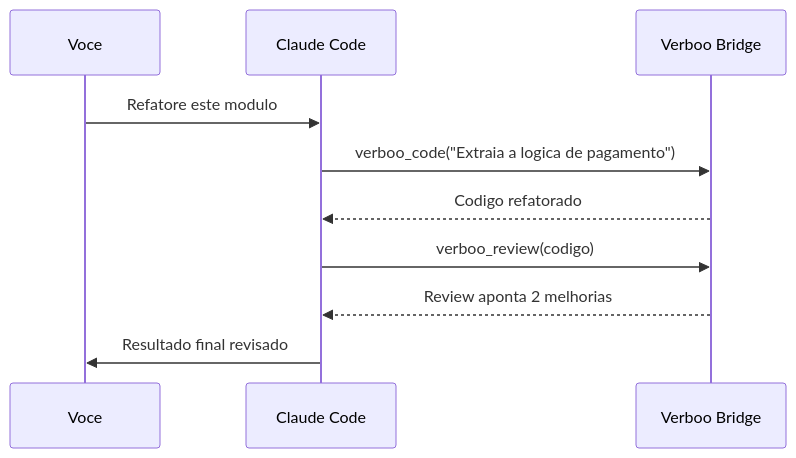
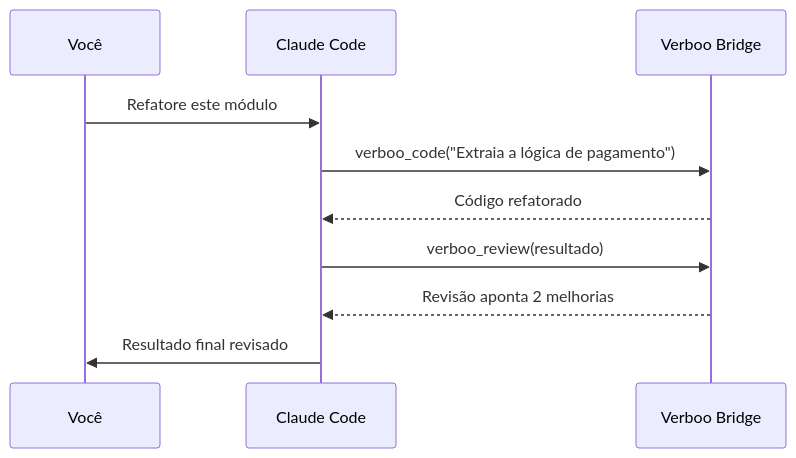
Before and after one commit to nikolasdehor/verboo-bridge: the second of 2 diagrams in README.md, drawn with Mermaid. The commit also changed other lines of this file, not shown here.

Commit message:
docs: atualiza planos e identidade da Verboo

````diff
--- a/README.md
+++ b/README.md
@@ -438,13 +442,13 @@
 ```mermaid
 sequenceDiagram
-    participant Vc as Voce
+    participant Vc as Você
     participant C as Claude Code
     participant VB as Verboo Bridge
 
-    Vc->>C: Refatore este modulo
-    C->>VB: verboo_code("Extraia a logica de pagamento")
-    VB-->>C: Codigo refatorado
-    C->>VB: verboo_review(codigo)
-    VB-->>C: Review aponta 2 melhorias
+    Vc->>C: Refatore este módulo
+    C->>VB: verboo_code("Extraia a lógica de pagamento")
+    VB-->>C: Código refatorado
+    C->>VB: verboo_review(resultado)
+    VB-->>C: Revisão aponta 2 melhorias
     C->>Vc: Resultado final revisado
 ```
````
